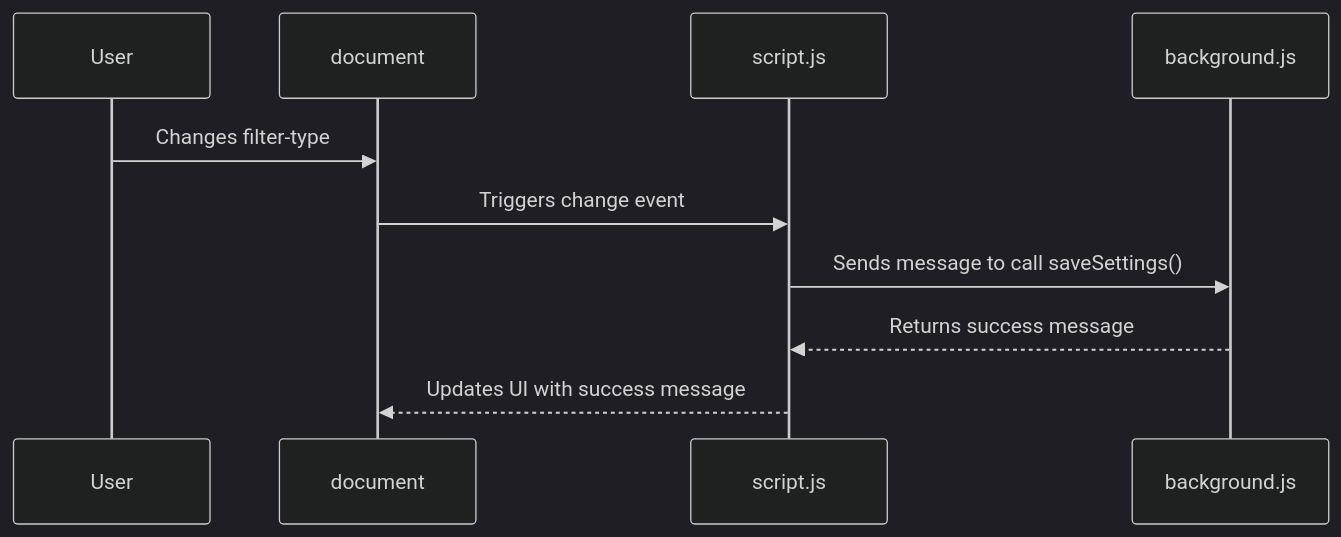
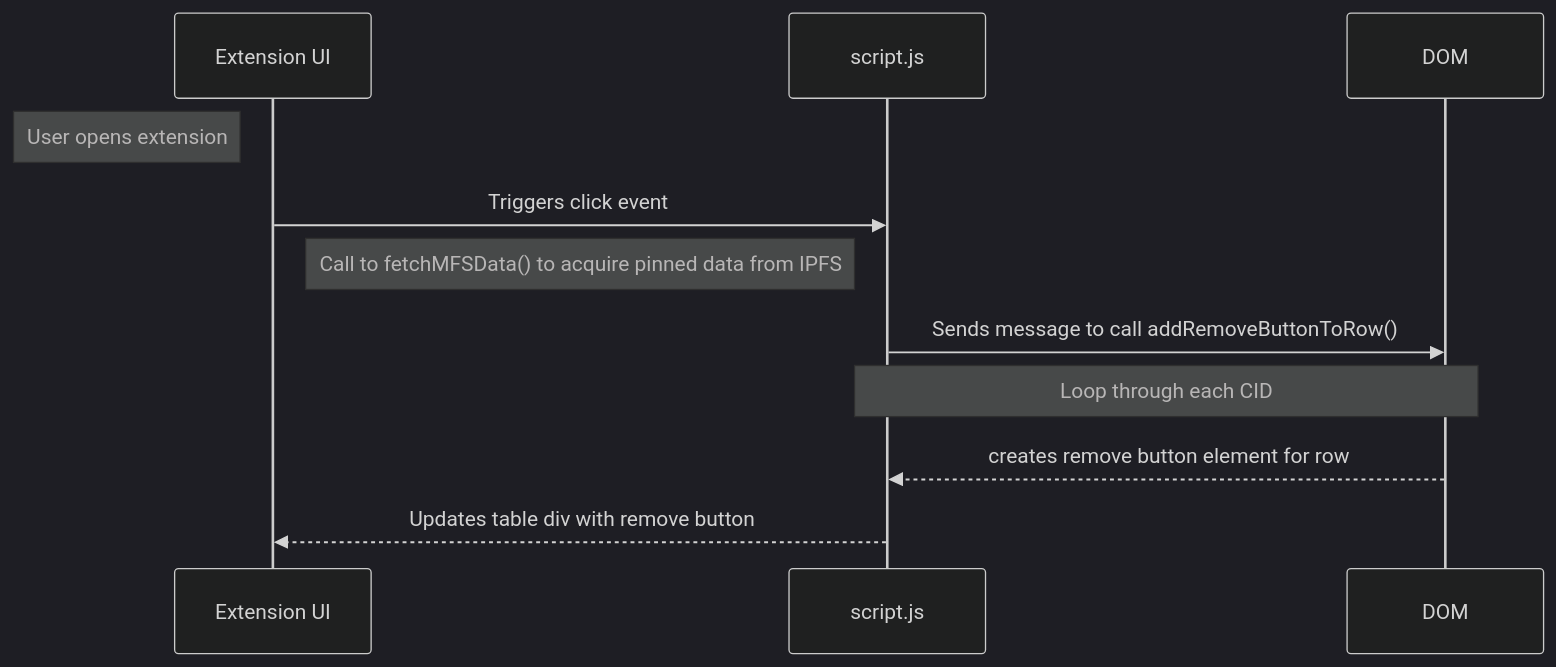
One commit to easierdata/web3-geo-extension changed diagram 12 of 13 in docs/diagram.md. Above: the diagram before and after it, drawn with Mermaid (dark theme). The commit also changed other lines of this file, not shown here.

Commit message:
Updated diagram with more details on the events in script.js

````diff
--- a/docs/diagram.md
+++ b/docs/diagram.md
@@ -245,12 +281,13 @@
 ```mermaid
 sequenceDiagram
-    participant User
-    participant Document as document
+    participant Extension as Extension UI
     participant Script as script.js
-    participant BackgroundScript as background.js
-    User->>Document: Changes filter-type
-    Document->>Script: Triggers change event
-    Script->>BackgroundScript: Sends message to call saveSettings()
-    BackgroundScript-->>Script: Returns success message
-    Script-->>Document: Updates UI with success message
+    participant Dom as DOM
+    note left of Extension: User opens extension
+    Extension->>Script: Triggers click event
+    note left of Script: Call to fetchMFSData() to acquire pinned data from IPFS
+    Script->>Dom: Sends message to call addRemoveButtonToRow()
+    Note over Dom,Script: Loop through each CID
+    Dom-->>Script: creates remove button element for row
+    Script-->>Extension: Updates table div with remove button
 ```
````
